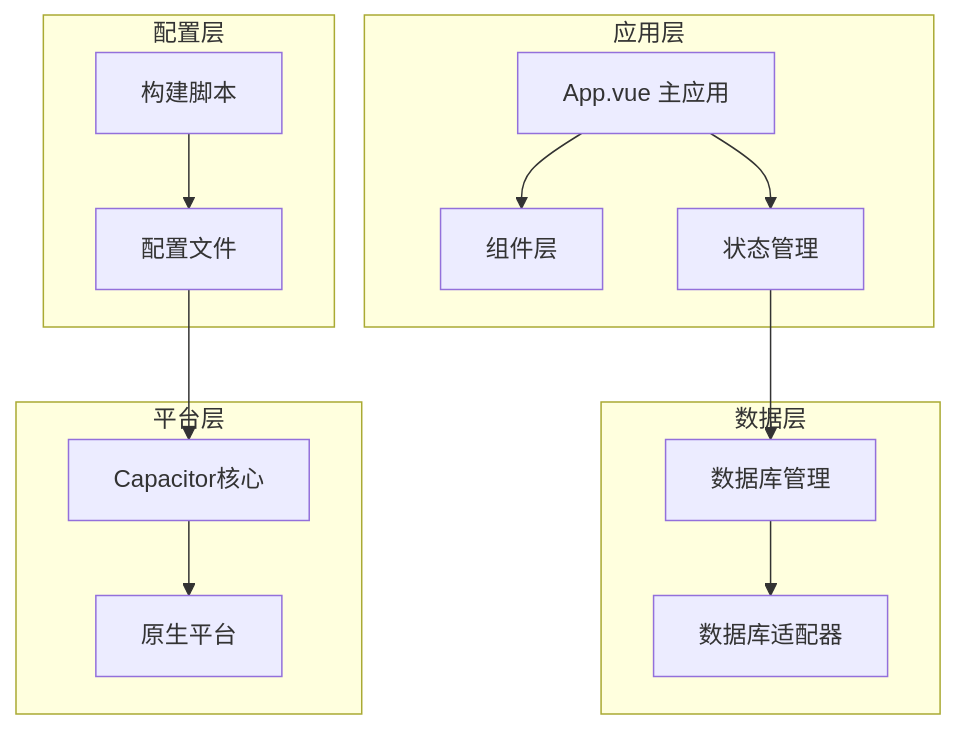
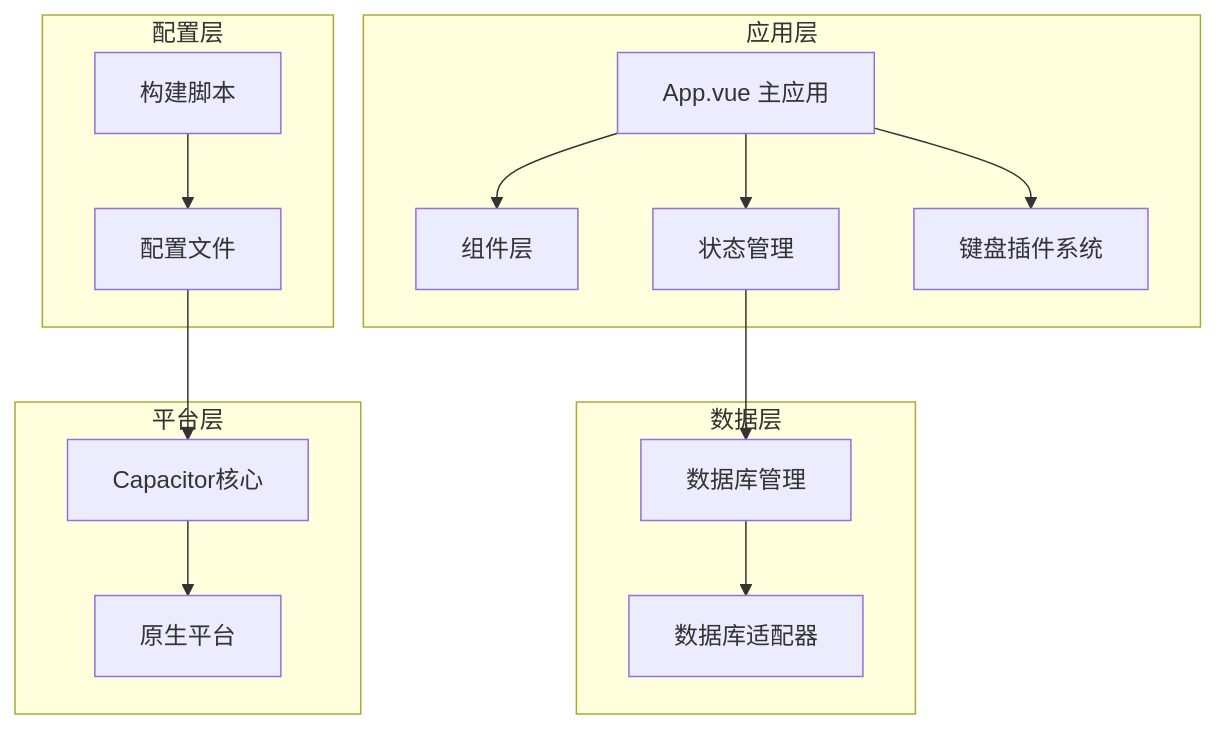
The first of 8 diagrams in .qoder/repowiki/zh/content/跨平台支持/Capacitor移动端应用.md (xiao-lin-unit/yuan), drawn with Mermaid before and after one commit. The commit also changed other lines of this file and 9 other files, not shown here.

````diff
--- a/.qoder/repowiki/zh/content/跨平台支持/Capacitor移动端应用.md
+++ b/.qoder/repowiki/zh/content/跨平台支持/Capacitor移动端应用.md
@@ -37,27 +40,29 @@
 ```mermaid
 graph TB
 subgraph "应用层"
 App[App.vue 主应用]
 Components[组件层]
 Stores[状态管理]
+Keyboard[键盘插件系统]
 end
 subgraph "数据层"
 Database[数据库管理]
 Adapter[数据库适配器]
 end
 subgraph "平台层"
 Capacitor[Capacitor核心]
 Platform[原生平台]
 end
 subgraph "配置层"
 Config[配置文件]
 Scripts[构建脚本]
 end
 App --> Components
 App --> Stores
+App --> Keyboard
 Stores --> Database
 Database --> Adapter
 Capacitor --> Platform
 Config --> Capacitor
 Scripts --> Config
 ```
````
